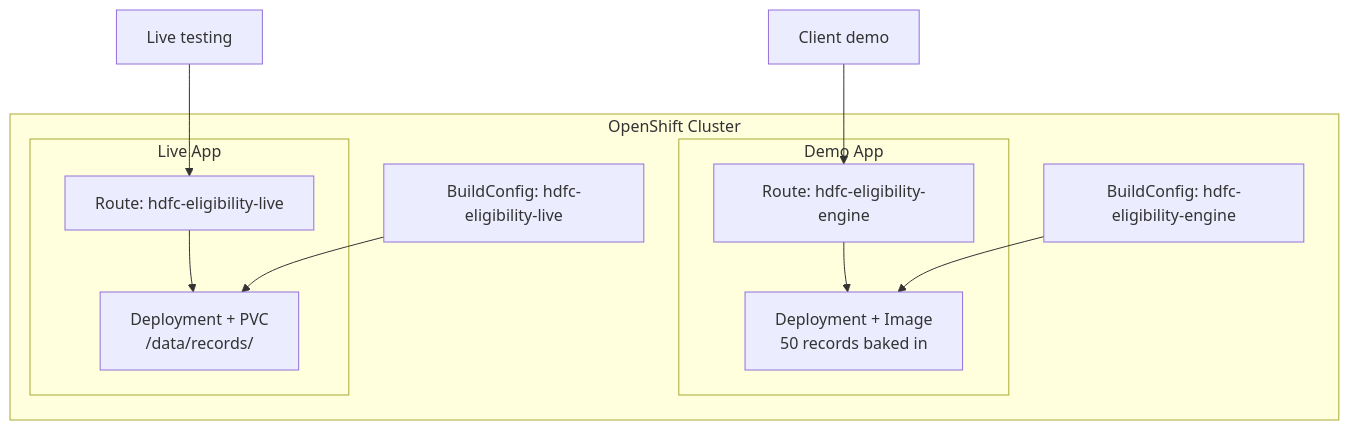
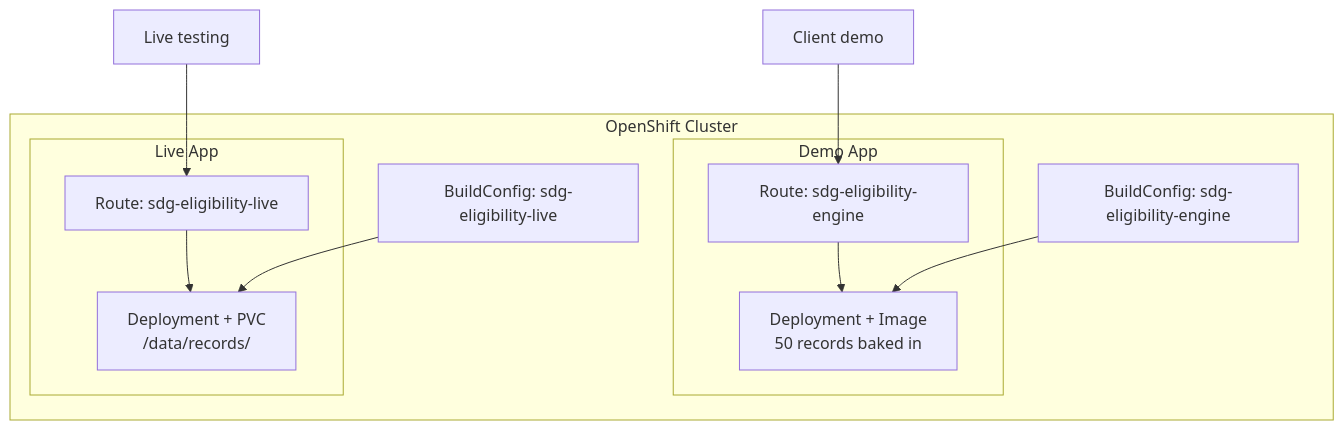
One commit to varunchach/SDG-API changed the fifth of 5 diagrams in docs/EligibilityEngine_Approach_and_Architecture.md. Above: the diagram before and after it, drawn with Mermaid. The commit also changed other lines of this file and 27 other files, not shown here.

````diff
--- a/docs/EligibilityEngine_Approach_and_Architecture.md
+++ b/docs/EligibilityEngine_Approach_and_Architecture.md
@@ -275,20 +275,20 @@
 ```mermaid
 flowchart TB
     subgraph OCP["OpenShift Cluster"]
         subgraph Demo["Demo App"]
-            RD["Route: hdfc-eligibility-engine"]
+            RD["Route: sdg-eligibility-engine"]
             DD["Deployment + Image\n50 records baked in"]
         end
         subgraph Live["Live App"]
-            RL["Route: hdfc-eligibility-live"]
+            RL["Route: sdg-eligibility-live"]
             DL["Deployment + PVC\n/data/records/"]
         end
-        BC1["BuildConfig: hdfc-eligibility-engine"]
-        BC2["BuildConfig: hdfc-eligibility-live"]
+        BC1["BuildConfig: sdg-eligibility-engine"]
+        BC2["BuildConfig: sdg-eligibility-live"]
     end
 
     User1[Client demo] --> RD --> DD
     User2[Live testing] --> RL --> DL
     BC1 --> DD
     BC2 --> DL
 ```
````
